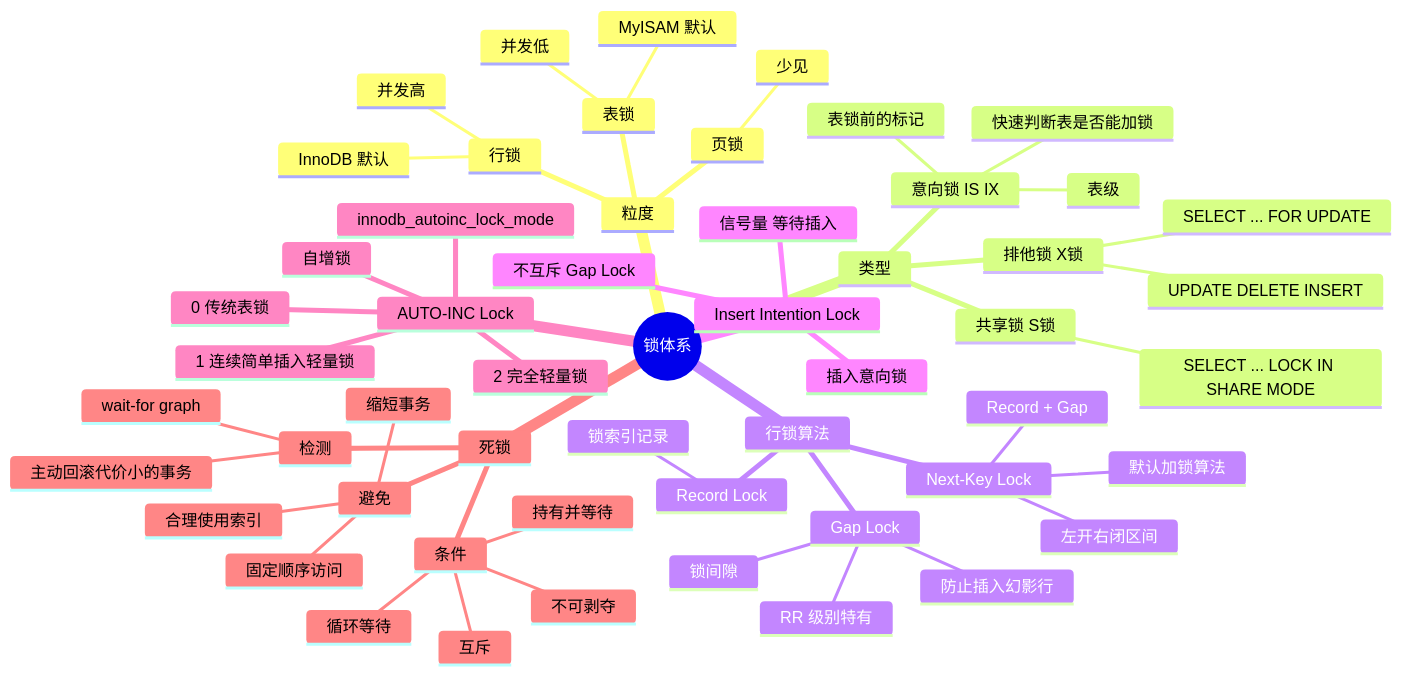
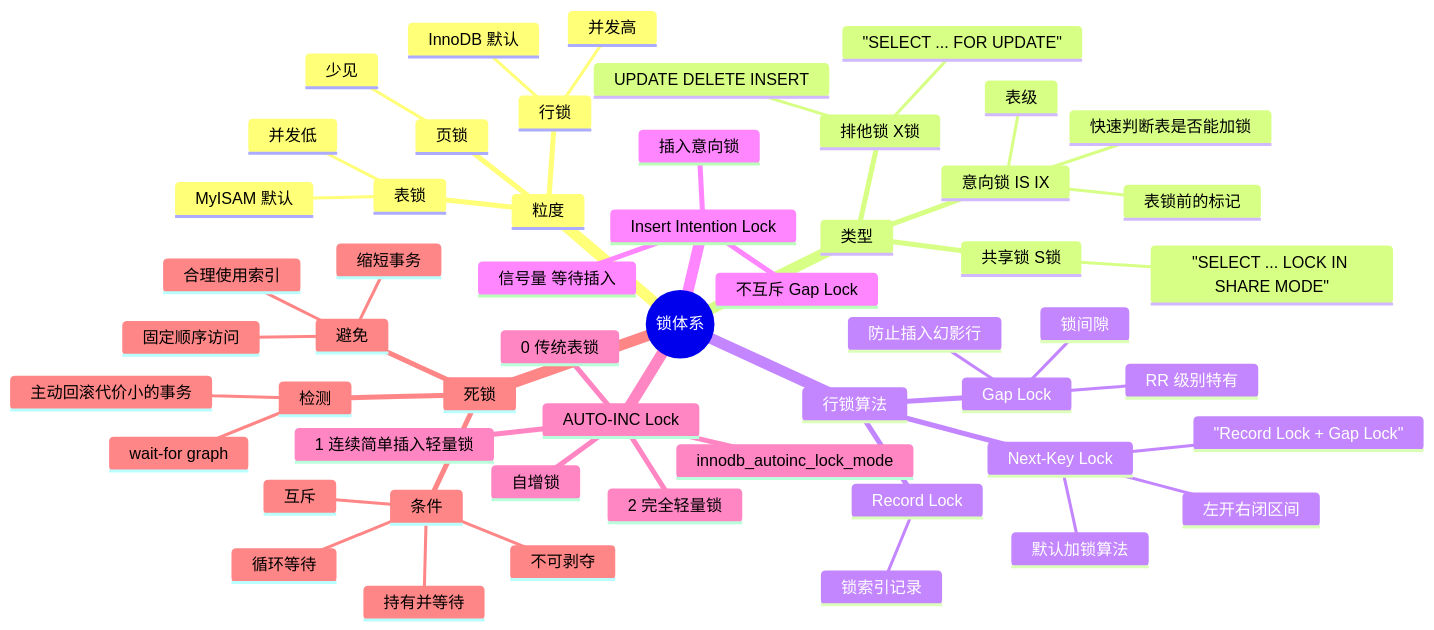
The seventh of 11 diagrams in appendix/mind-maps/README.md (jingyu525/mysql-first-principles), drawn with Mermaid before and after one commit. The commit also changed other lines of this file, not shown here.

Commit message:
fix: 修复 Mermaid 思维导图中特殊字符导致的 GitHub 渲染失败

````diff
--- a/appendix/mind-maps/README.md
+++ b/appendix/mind-maps/README.md
@@ -298,57 +298,57 @@
 ```mermaid
 mindmap
   root((锁体系))
     粒度
       表锁
         MyISAM 默认
         并发低
       行锁
         InnoDB 默认
         并发高
       页锁
         少见
     类型
       共享锁 S锁
-        SELECT ... LOCK IN SHARE MODE
+        "SELECT ... LOCK IN SHARE MODE"
       排他锁 X锁
         UPDATE DELETE INSERT
-        SELECT ... FOR UPDATE
+        "SELECT ... FOR UPDATE"
       意向锁 IS IX
         表级
         表锁前的标记
         快速判断表是否能加锁
     行锁算法
       Record Lock
         锁索引记录
       Gap Lock
         锁间隙
         防止插入幻影行
         RR 级别特有
       Next-Key Lock
-        Record + Gap
+        "Record Lock + Gap Lock"
         左开右闭区间
         默认加锁算法
     Insert Intention Lock
       插入意向锁
       信号量 等待插入
       不互斥 Gap Lock
     AUTO-INC Lock
       自增锁
       innodb_autoinc_lock_mode
       0 传统表锁
       1 连续简单插入轻量锁
       2 完全轻量锁
     死锁
       条件
         互斥
         持有并等待
         不可剥夺
         循环等待
       检测
         wait-for graph
         主动回滚代价小的事务
       避免
         固定顺序访问
         缩短事务
         合理使用索引
 ```
````
